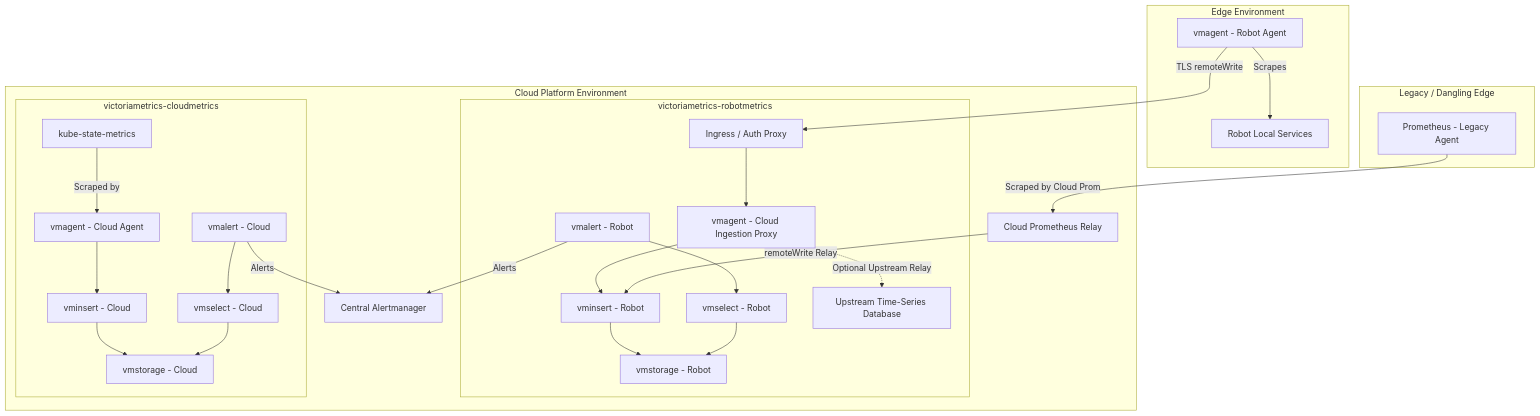
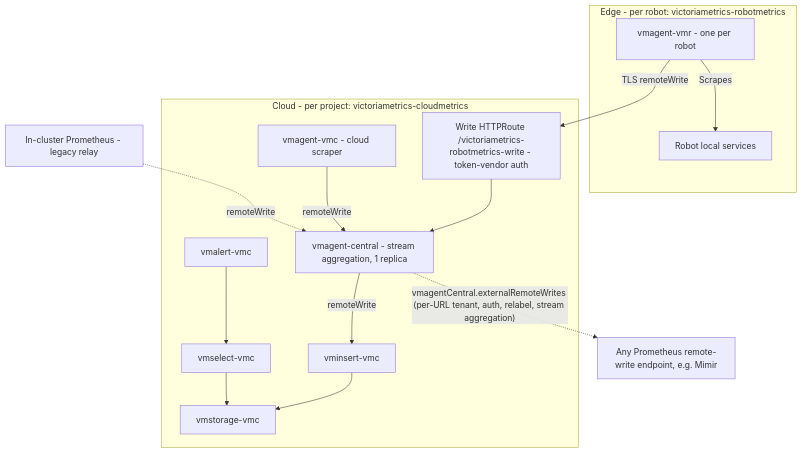
The diagram in src/app_charts/victoriametrics/README.md (googlecloudrobotics/core), drawn with Mermaid before and after one commit. The commit also changed other lines of this file and 22 other files, not shown here.

````diff
--- a/src/app_charts/victoriametrics/README.md
+++ b/src/app_charts/victoriametrics/README.md
@@ -20,53 +21,26 @@
 ```mermaid
 flowchart TD
-    subgraph Edge[Edge Environment]
-        RA[vmagent - Robot Agent] -->|Scrapes| RT[Robot Local Services]
-    end
-    
-    subgraph LegacyEdge[Legacy / Dangling Edge]
-        LP[Prometheus - Legacy Agent]
+    subgraph Edge[Edge - per robot: victoriametrics-robotmetrics]
+        RA[vmagent-vmr - one per robot] -->|Scrapes| RT[Robot local services]
     end
 
-    subgraph CloudEnv[Cloud Platform Environment]
-        subgraph RobotMetrics[victoriametrics-robotmetrics]
-            ING[Ingress / Auth Proxy]
-            VMA_PROXY[vmagent - Cloud Ingestion Proxy]
-            VMI_R[vminsert - Robot]
-            VMS_R[vmstorage - Robot]
-            VMQ_R[vmselect - Robot]
-            VMA_R[vmalert - Robot]
-            
-            ING --> VMA_PROXY
-            VMA_PROXY --> VMI_R
-            VMA_PROXY -.->|Optional Upstream Relay| UpstreamTSDB[Upstream Time-Series Database]
-            VMI_R --> VMS_R
-            VMQ_R --> VMS_R
-            VMA_R --> VMQ_R
-        end
-        
-        subgraph CloudMetrics[victoriametrics-cloudmetrics]
-            KSM[kube-state-metrics]
-            CA[vmagent - Cloud Agent]
-            VMI_C[vminsert - Cloud]
-            VMS_C[vmstorage - Cloud]
-            VMQ_C[vmselect - Cloud]
-            VMA_C[vmalert - Cloud]
-            
-            KSM -->|Scraped by| CA
-            CA --> VMI_C
-            VMI_C --> VMS_C
-            VMQ_C --> VMS_C
-            VMA_C --> VMQ_C
-        end
-        
-        CP[Cloud Prometheus Relay]
-        AM[Central Alertmanager]
+    subgraph CloudMetrics[Cloud - per project: victoriametrics-cloudmetrics]
+        ING[Write HTTPRoute /victoriametrics-robotmetrics-write - token-vendor auth]
+        CA[vmagent-vmc - cloud scraper]
+        CEN[vmagent-central - stream aggregation, 1 replica]
+        VMI[vminsert-vmc]
+        VMS[vmstorage-vmc]
+        VMQ[vmselect-vmc]
+        VMA[vmalert-vmc]
+        ING --> CEN
+        CA -->|remoteWrite| CEN
+        CEN -->|remoteWrite| VMI
+        VMI --> VMS
+        VMQ --> VMS
+        VMA --> VMQ
     end
 
-    %% Data Flow
+    PROM[In-cluster Prometheus - legacy relay] -.->|remoteWrite| CEN
     RA -->|TLS remoteWrite| ING
-    LP -->|Scraped by Cloud Prom| CP
-    CP -->|remoteWrite Relay| VMI_R
-    VMA_R -->|Alerts| AM
-    VMA_C -->|Alerts| AM
+    CEN -.->|"vmagentCentral.externalRemoteWrites (per-URL tenant, auth, relabel, stream aggregation)"| EXT["Any Prometheus remote-write endpoint, e.g. Mimir"]
 ```
````
